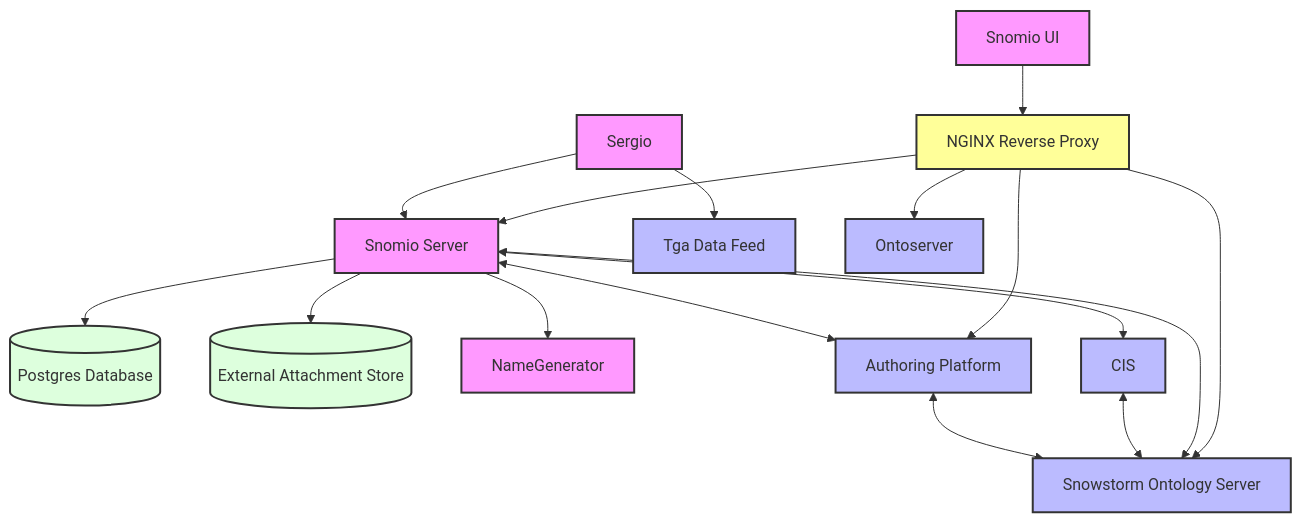
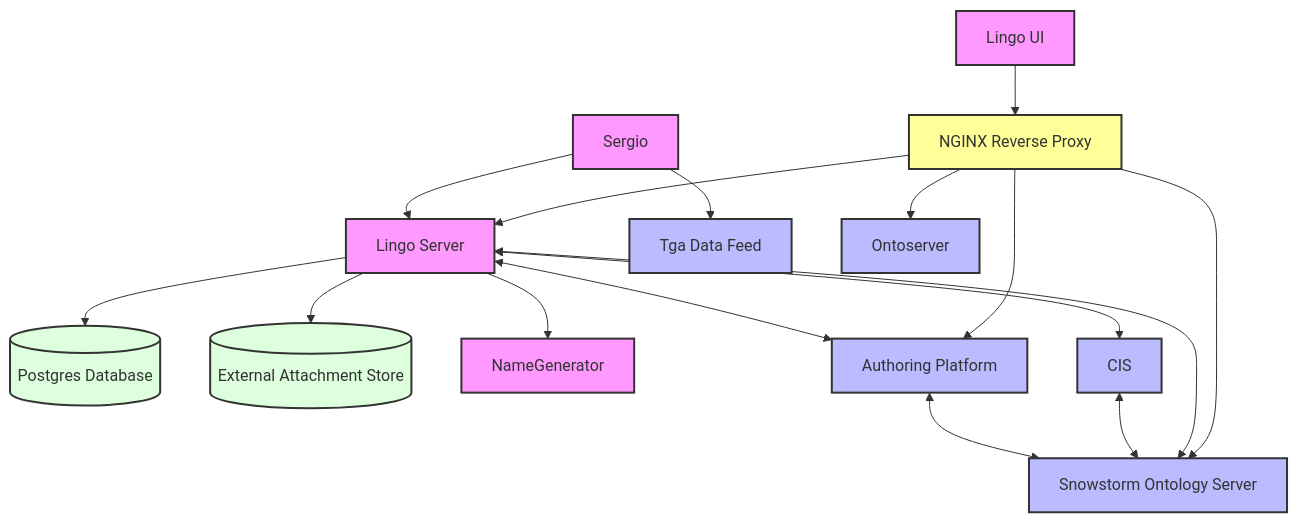
The diagram in docs/DEPLOYMENT.md (AuDigitalHealth/lingo), drawn with Mermaid before and after one commit. The commit also changed other lines of this file and 10 other files, not shown here.

Commit message:
replace occurances of Snomio with Lingo across the docs

````diff
--- a/docs/DEPLOYMENT.md
+++ b/docs/DEPLOYMENT.md
@@ -81,39 +81,39 @@
 ```mermaid
 graph TB
     NGINX[NGINX Reverse Proxy]
-    SnomioUI[Snomio UI]
-    Snomio[Snomio Server]
+    LingoUI[Lingo UI]
+    Lingo[Lingo Server]
     DB[(Postgres Database)]
     AttachmentStore[(External Attachment Store)]
     Sergio[Sergio]
     NameGen[NameGenerator]
     AuthoringPlatform[Authoring Platform]
     Snowstorm[Snowstorm Ontology Server]
     TGAFeed[Tga Data Feed]
     
-    NGINX --> Snomio
+    NGINX --> Lingo
     NGINX --> Ontoserver
     NGINX --> Snowstorm
     NGINX --> AuthoringPlatform
-    SnomioUI --> NGINX
-    Snomio --> DB
-    Snomio --> AttachmentStore
-    Snomio --> NameGen
-    Sergio --> Snomio
+    LingoUI --> NGINX
+    Lingo --> DB
+    Lingo --> AttachmentStore
+    Lingo --> NameGen
+    Sergio --> Lingo
     Sergio --> TGAFeed
-    Snomio <--> AuthoringPlatform
-    Snomio <--> Snowstorm
-    Snomio <--> CIS
+    Lingo <--> AuthoringPlatform
+    Lingo <--> Snowstorm
+    Lingo <--> CIS
     CIS <--> Snowstorm
     AuthoringPlatform <--> Snowstorm
     
     classDef system fill: #f9f, stroke: #333, stroke-width: 2px;
     classDef external fill: #bbf, stroke: #333, stroke-width: 2px;
     classDef database fill: #dfd, stroke: #333, stroke-width: 2px;
     classDef user fill: #fdb, stroke: #333, stroke-width: 2px;
     classDef proxy fill: #ff9, stroke: #333, stroke-width: 2px;
-    class Snomio,SnomioUI,Sergio,NameGen system;
+    class Lingo,LingoUI,Sergio,NameGen system;
     class AuthoringPlatform,Snowstorm,TGAFeed,Ontoserver,CIS external;
     class DB,AttachmentStore database;
     class NGINX proxy;
 ```
````
